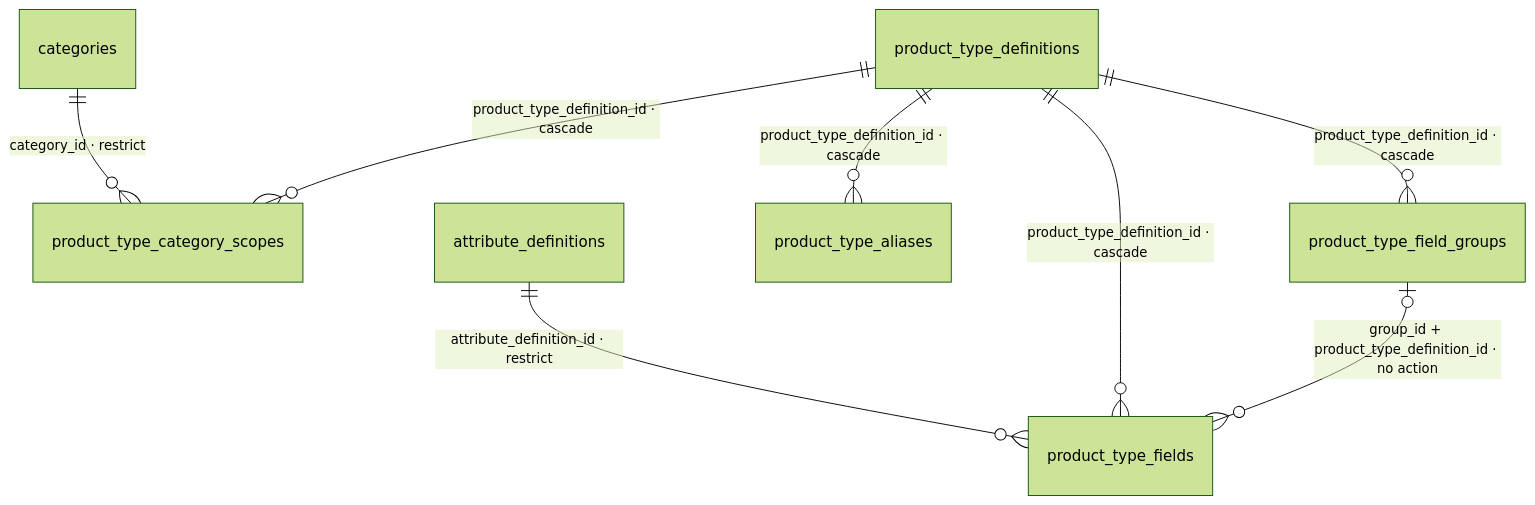
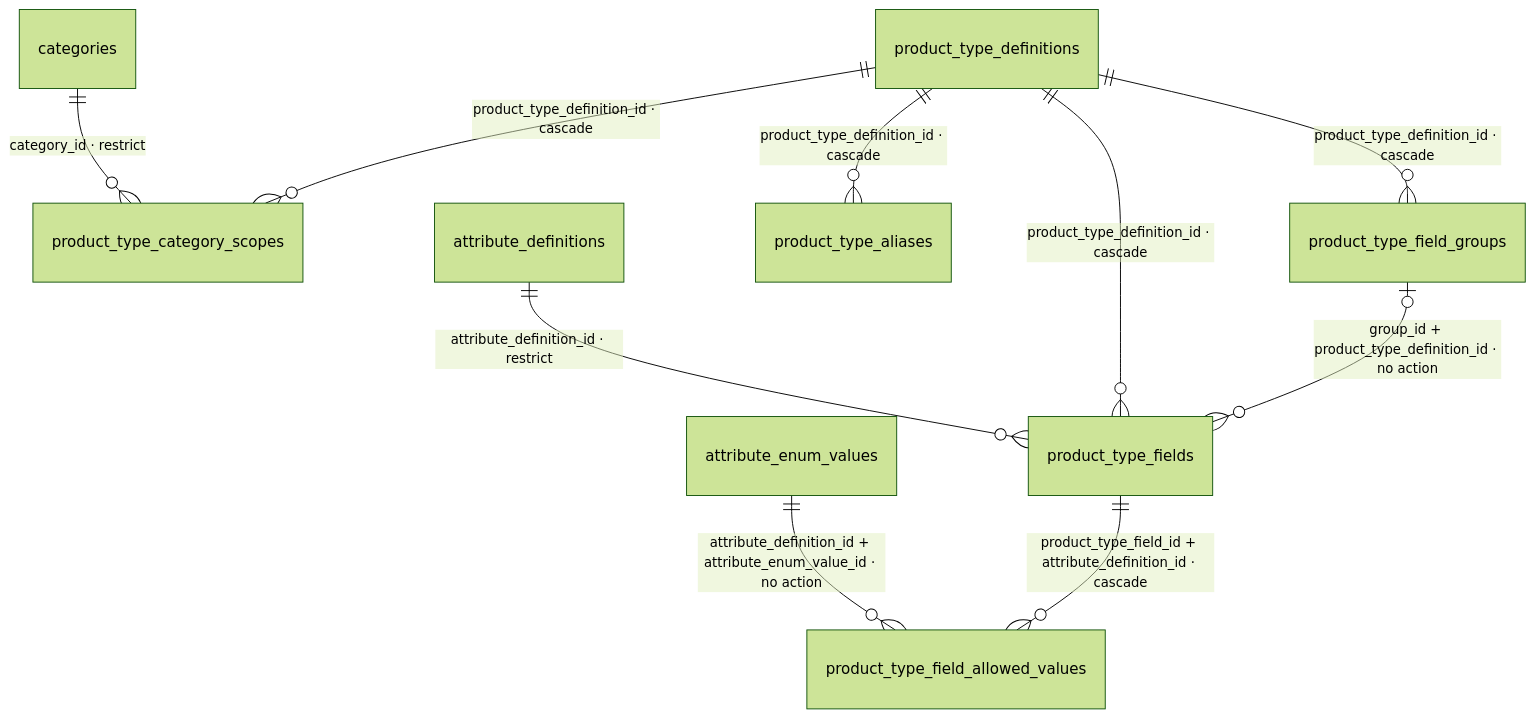
One commit to OxyHQ/Mercaria changed the fifth of 15 diagrams in docs/catalog-architecture-diagrams.md. Above: the diagram before and after it, drawn with Mermaid (forest theme). The commit also changed other lines of this file and 15 other files, not shown here.

````diff
--- a/docs/catalog-architecture-diagrams.md
+++ b/docs/catalog-architecture-diagrams.md
@@ -334,20 +335,24 @@
 ```mermaid
 erDiagram
     product_type_definitions {
     }
     product_type_category_scopes {
     }
     product_type_field_groups {
     }
     product_type_fields {
     }
+    product_type_field_allowed_values {
+    }
     product_type_aliases {
     }
     product_type_definitions ||--o{ product_type_aliases : "product_type_definition_id · cascade"
     categories ||--o{ product_type_category_scopes : "category_id · restrict"
     product_type_definitions ||--o{ product_type_category_scopes : "product_type_definition_id · cascade"
+    attribute_enum_values ||--o{ product_type_field_allowed_values : "attribute_definition_id + attribute_enum_value_id · no action"
+    product_type_fields ||--o{ product_type_field_allowed_values : "product_type_field_id + attribute_definition_id · cascade"
     product_type_definitions ||--o{ product_type_field_groups : "product_type_definition_id · cascade"
     attribute_definitions ||--o{ product_type_fields : "attribute_definition_id · restrict"
     product_type_definitions ||--o{ product_type_fields : "product_type_definition_id · cascade"
     product_type_field_groups |o--o{ product_type_fields : "group_id + product_type_definition_id · no action"
 ```
````
